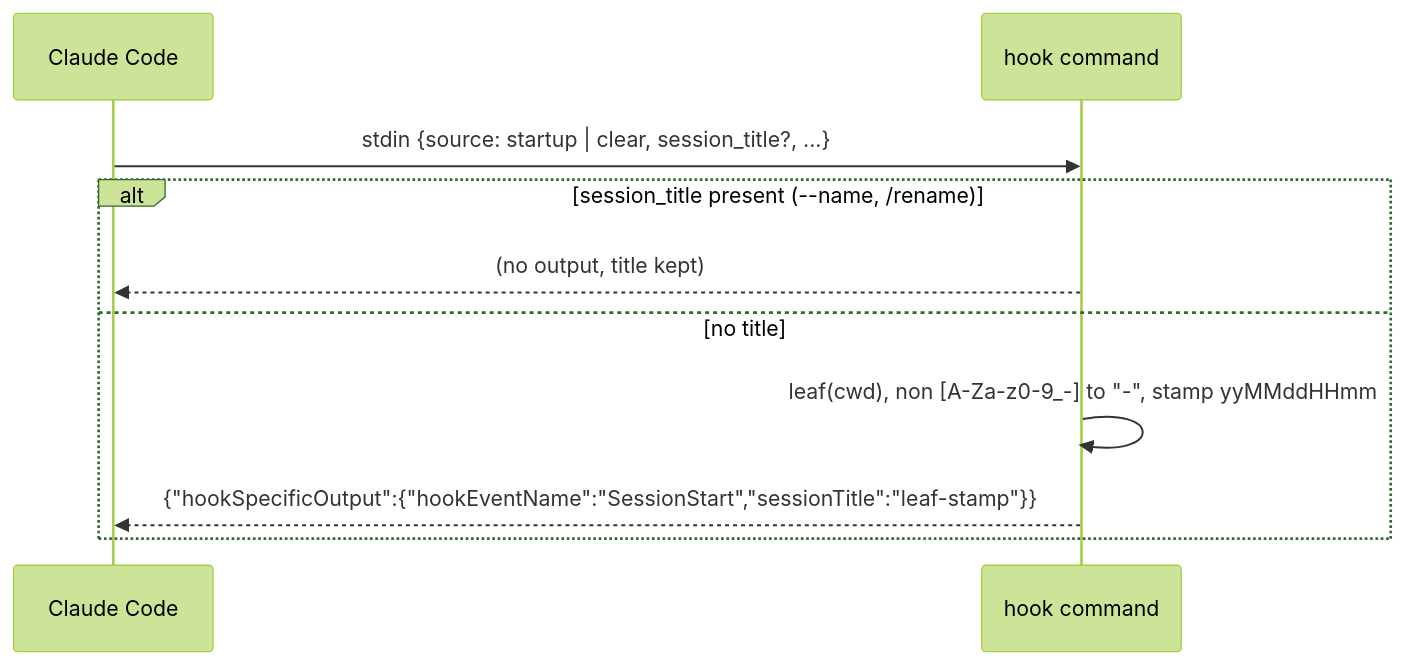
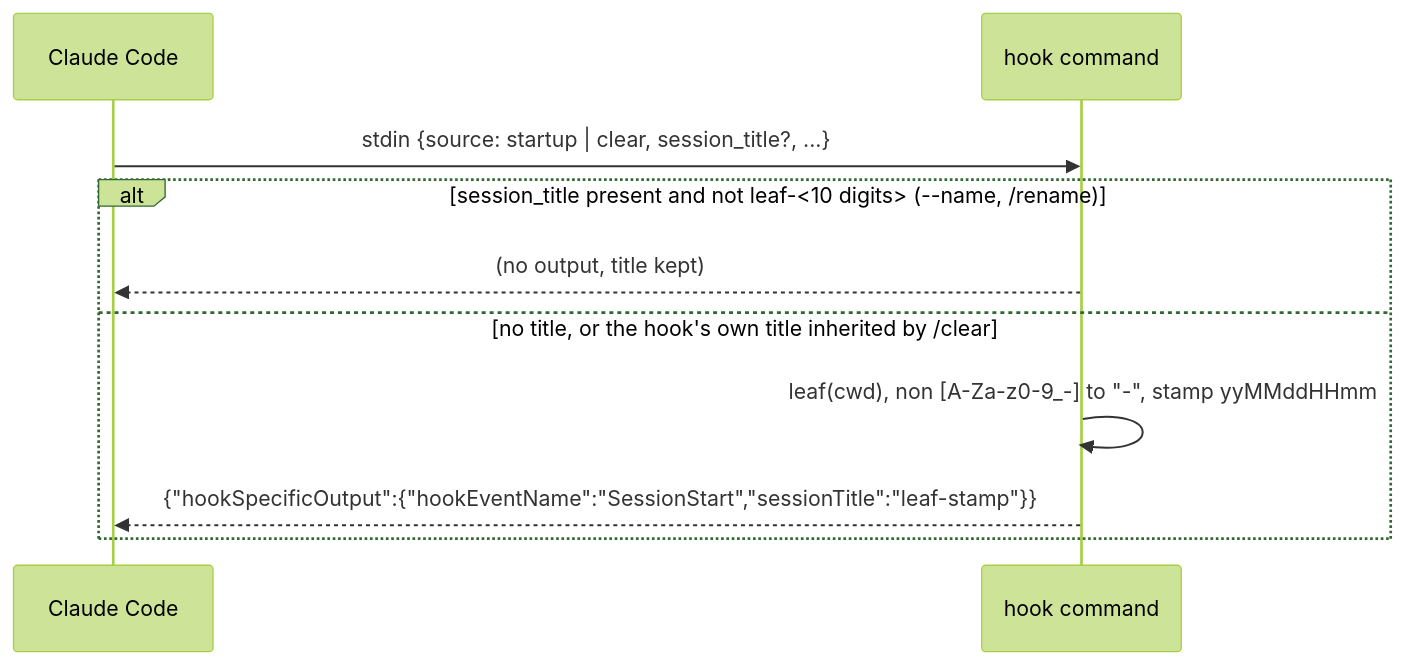
Before and after one commit to cheneeheng/claude-code-command-center: the third of 4 diagrams in tools/session-name-date-prefixer/product/ARCHITECTURE.md, drawn with Mermaid (forest theme). The commit also changed other lines of this file and 6 other files, not shown here.

First line of the commit message:
fix(session-name-date-prefixer): retitle after /clear unless user-named

````diff
--- a/tools/session-name-date-prefixer/product/ARCHITECTURE.md
+++ b/tools/session-name-date-prefixer/product/ARCHITECTURE.md
@@ -40,13 +40,13 @@
 ```mermaid
 sequenceDiagram
     participant C as Claude Code
     participant H as hook command
 
     C->>H: stdin {source: startup | clear, session_title?, ...}
-    alt session_title present (--name, /rename)
+    alt session_title present and not leaf-<10 digits> (--name, /rename)
         H-->>C: (no output, title kept)
-    else no title
+    else no title, or the hook's own title inherited by /clear
         H->>H: leaf(cwd), non [A-Za-z0-9_-] to "-", stamp yyMMddHHmm
         H-->>C: {"hookSpecificOutput":{"hookEventName":"SessionStart","sessionTitle":"leaf-stamp"}}
     end
 ```
````
